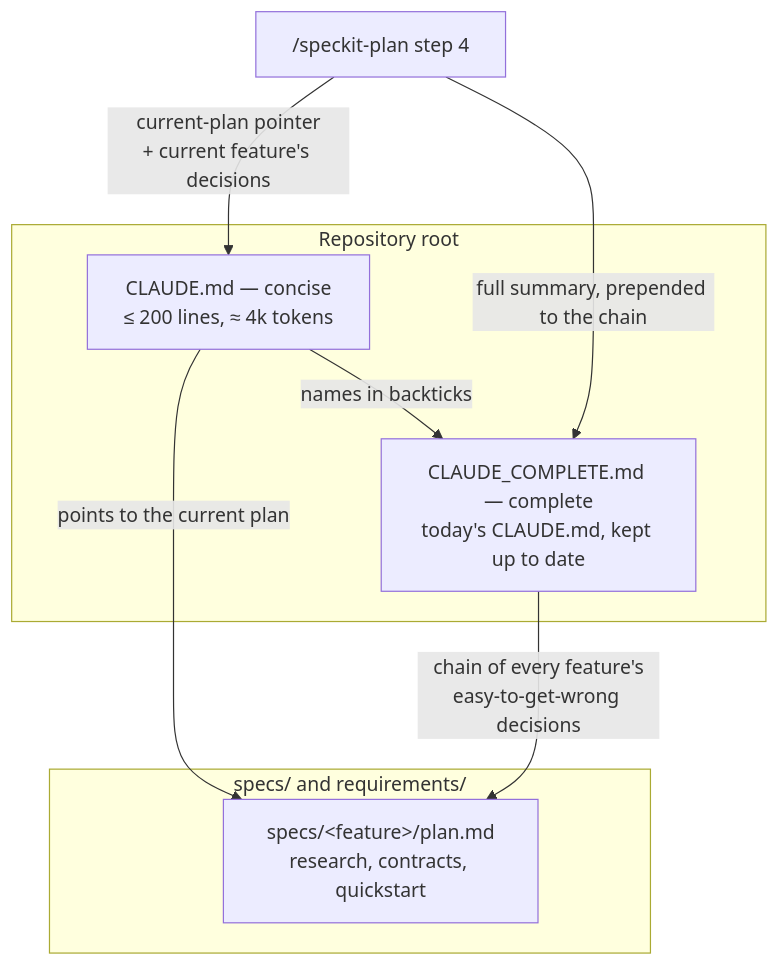
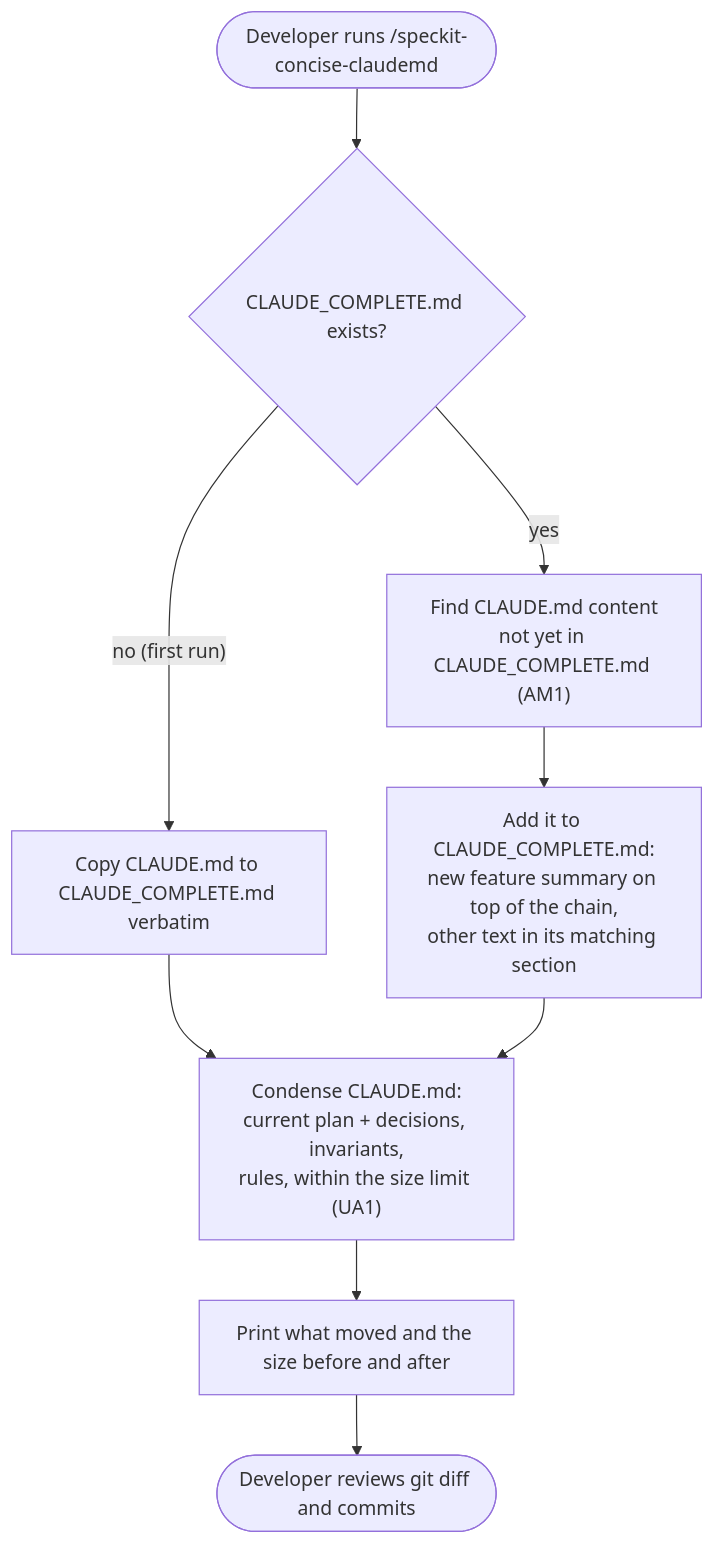
One commit to roadraceresults/crowdpoll changed the fifth of 5 diagrams in requirements/20261101-042151-concise-claude-md/requirements-report.md. Above: the diagram before and after it, drawn with Mermaid. The commit also changed other lines of this file and 20 other files, not shown here.

First line of the commit message:
Concise CLAUDE.md: add /speckit-concise-claudemd skill

````diff
--- a/requirements/20261101-042151-concise-claude-md/requirements-report.md
+++ b/requirements/20261101-042151-concise-claude-md/requirements-report.md
@@ -123,15 +181,11 @@
 ```mermaid
-flowchart TB
-    subgraph Root["Repository root"]
-        CM["CLAUDE.md — concise<br/>≤ 200 lines, ≈ 4k tokens"]
-        CC["CLAUDE_COMPLETE.md — complete<br/>today's CLAUDE.md, kept up to date"]
-    end
-    subgraph Specs["specs/ and requirements/"]
-        P["specs/&lt;feature&gt;/plan.md<br/>research, contracts, quickstart"]
-    end
-    CM -- "names in backticks" --> CC
-    CM -- "points to the current plan" --> P
-    CC -- "chain of every feature's<br/>easy-to-get-wrong decisions" --> P
-    PlanSkill["/speckit-plan step 4"] -- "current-plan pointer<br/>+ current feature's decisions" --> CM
-    PlanSkill -- "full summary, prepended to the chain" --> CC
+flowchart TD
+    Start(["Developer runs /speckit-concise-claudemd"]) --> Exists{"CLAUDE_COMPLETE.md exists?"}
+    Exists -- "no (first run)" --> Copy["Copy CLAUDE.md to CLAUDE_COMPLETE.md verbatim"]
+    Exists -- "yes" --> Diff["Find CLAUDE.md content<br/>not yet in CLAUDE_COMPLETE.md (AM1)"]
+    Diff --> Add["Add it to CLAUDE_COMPLETE.md:<br/>new feature summary on top of the chain,<br/>other text in its matching section"]
+    Copy --> Condense
+    Add --> Condense["Condense CLAUDE.md:<br/>current plan + decisions, invariants,<br/>rules, within the size limit (UA1)"]
+    Condense --> Report["Print what moved and the size before and after"]
+    Report --> Review(["Developer reviews git diff and commits"])
 ```
````
